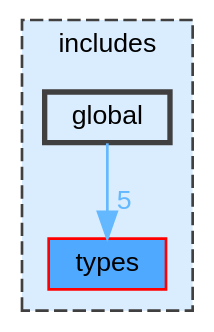
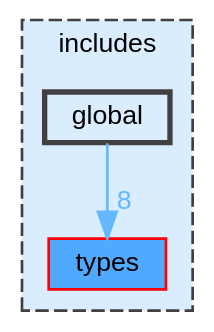
One commit to JS-CMP/JS-CMP changed the diagram in dir_ab3240e1f48e07e7724fe257c5d3746b_dep.dot. Above: the diagram before and after it, drawn with Graphviz. The commit also changed 298 other files, not shown here.

```diff
--- a/dir_ab3240e1f48e07e7724fe257c5d3746b_dep.dot
+++ b/dir_ab3240e1f48e07e7724fe257c5d3746b_dep.dot
@@ -1,14 +1,14 @@
 digraph "includes/global"
 {
  // LATEX_PDF_SIZE
   bgcolor="transparent";
   edge [fontname=Helvetica,fontsize=10,labelfontname=Helvetica,labelfontsize=10];
   node [fontname=Helvetica,fontsize=10,shape=box,height=0.2,width=0.4];
   compound=true
   subgraph clusterdir_09e761304027c904456130627fd4dcf5 {
     graph [ bgcolor="#daedff", pencolor="grey25", label="includes", fontname=Helvetica,fontsize=10 style="filled,dashed", URL="dir_09e761304027c904456130627fd4dcf5.html",tooltip=""]
   dir_00373071588607d1d83d0faa600e52a0 [label="types", fillcolor="#4ea9ff", color="red", style="filled", URL="dir_00373071588607d1d83d0faa600e52a0.html",tooltip=""];
   dir_ab3240e1f48e07e7724fe257c5d3746b [label="global", fillcolor="#daedff", color="grey25", style="filled,bold", URL="dir_ab3240e1f48e07e7724fe257c5d3746b.html",tooltip=""];
   }
-  dir_ab3240e1f48e07e7724fe257c5d3746b->dir_00373071588607d1d83d0faa600e52a0 [headlabel="5", labeldistance=1.5 headhref="dir_000005_000021.html" href="dir_000005_000021.html" color="steelblue1" fontcolor="steelblue1"];
+  dir_ab3240e1f48e07e7724fe257c5d3746b->dir_00373071588607d1d83d0faa600e52a0 [headlabel="8", labeldistance=1.5 headhref="dir_000007_000025.html" href="dir_000007_000025.html" color="steelblue1" fontcolor="steelblue1"];
 }
```
